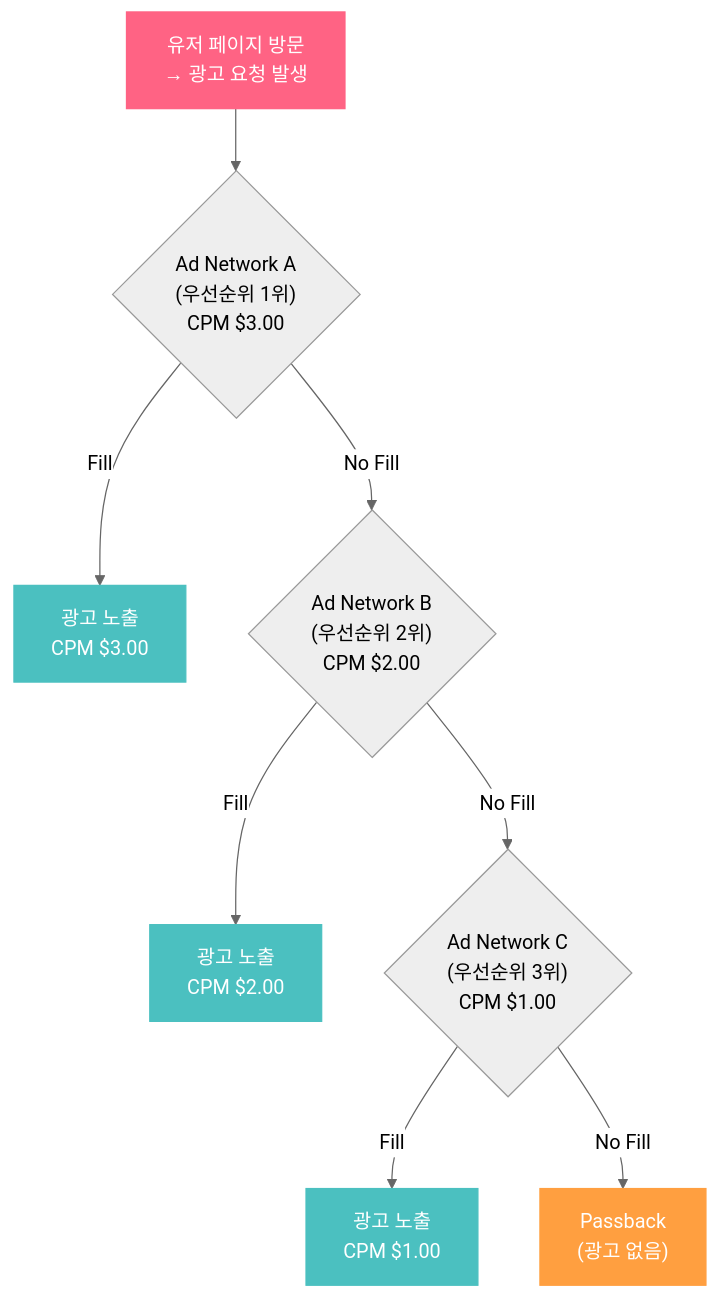
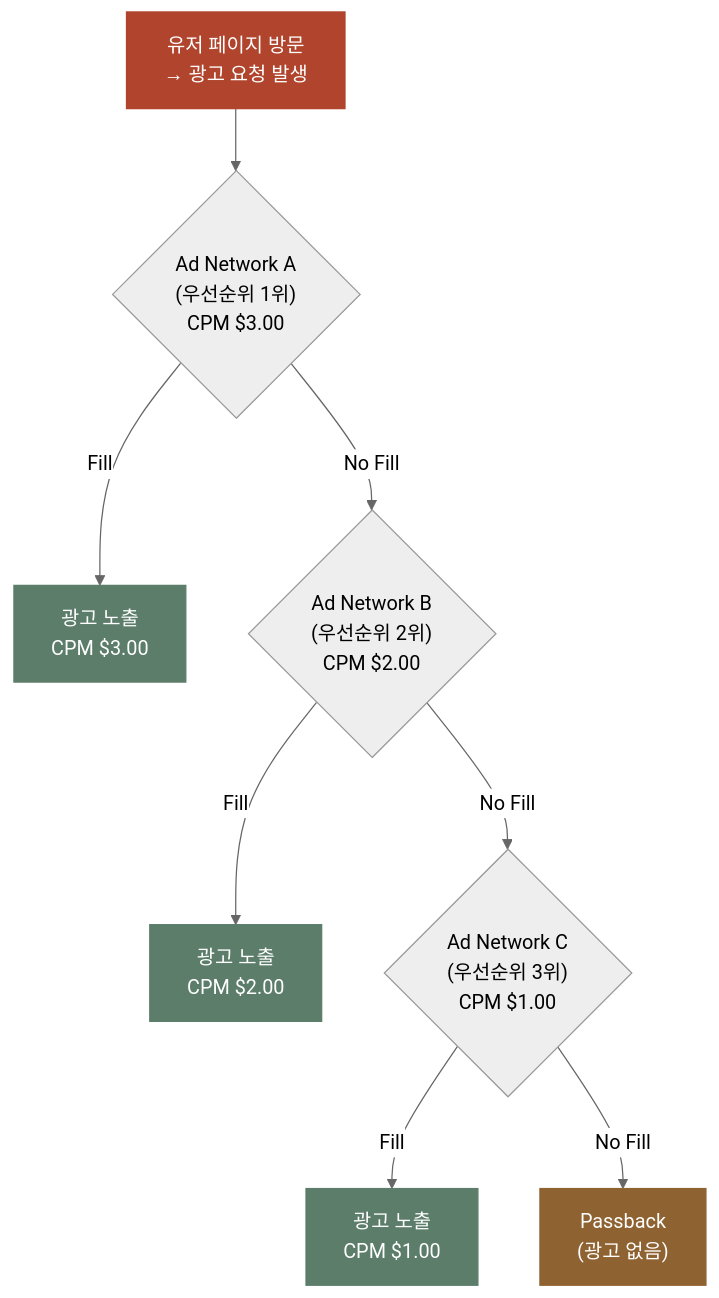
Before and after one commit to chkimsu/adtech-blog: the second of 8 diagrams in posts/ad-network-vs-exchange.md, drawn with Mermaid (neutral theme). The commit also changed other lines of this file and 40 other files, not shown here.

````diff
--- a/posts/ad-network-vs-exchange.md
+++ b/posts/ad-network-vs-exchange.md
@@ -87,22 +87,22 @@
 ```mermaid
 graph TD
     REQ["유저 페이지 방문<br/>→ 광고 요청 발생"] --> N1
 
     N1{"Ad Network A<br/>(우선순위 1위)<br/>CPM $3.00"}
     N1 -->|Fill| DONE1["광고 노출<br/>CPM $3.00"]
     N1 -->|No Fill| N2
 
     N2{"Ad Network B<br/>(우선순위 2위)<br/>CPM $2.00"}
     N2 -->|Fill| DONE2["광고 노출<br/>CPM $2.00"]
     N2 -->|No Fill| N3
 
     N3{"Ad Network C<br/>(우선순위 3위)<br/>CPM $1.00"}
     N3 -->|Fill| DONE3["광고 노출<br/>CPM $1.00"]
     N3 -->|No Fill| PASS["Passback<br/>(광고 없음)"]
 
-    style REQ fill:#ff6384,stroke:#ff6384,color:#fff
-    style DONE1 fill:#4bc0c0,stroke:#4bc0c0,color:#fff
-    style DONE2 fill:#4bc0c0,stroke:#4bc0c0,color:#fff
-    style DONE3 fill:#4bc0c0,stroke:#4bc0c0,color:#fff
-    style PASS fill:#ff9f40,stroke:#ff9f40,color:#fff
+    style REQ fill:#b0442c,stroke:#b0442c,color:#fff
+    style DONE1 fill:#5b7d6a,stroke:#5b7d6a,color:#fff
+    style DONE2 fill:#5b7d6a,stroke:#5b7d6a,color:#fff
+    style DONE3 fill:#5b7d6a,stroke:#5b7d6a,color:#fff
+    style PASS fill:#8f6231,stroke:#8f6231,color:#fff
 ```
````
